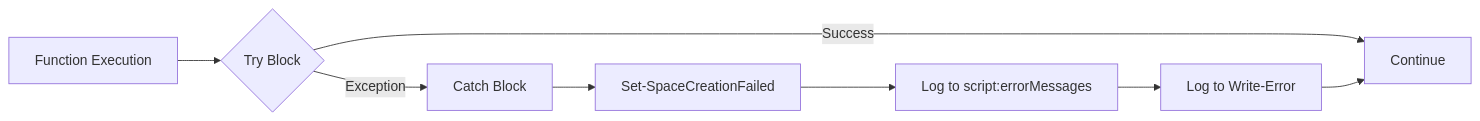
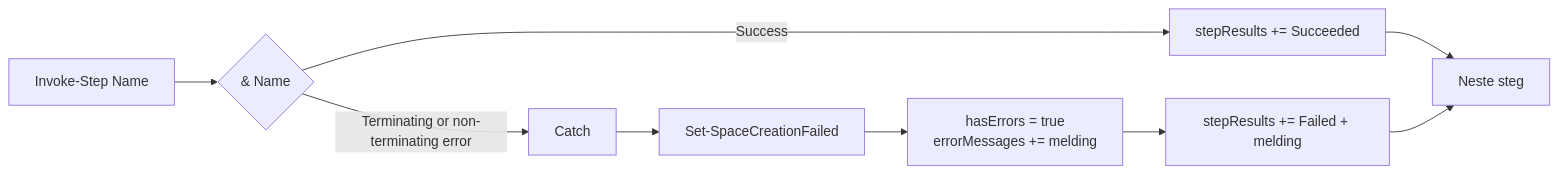
Before and after one commit to Puzzlepart/bestillingsportalen: the third of 3 diagrams in Images/error-handling-flow.md, drawn with Mermaid. The commit also changed other lines of this file and 7 other files, not shown here.

````diff
--- a/Images/error-handling-flow.md
+++ b/Images/error-handling-flow.md
@@ -103,10 +105,11 @@
 ```mermaid
 graph LR
-    A[Function Execution] --> B{Try Block}
-    B -->|Success| C[Continue]
-    B -->|Exception| D[Catch Block]
+    A[Invoke-Step Name] --> B{"& Name"}
+    B -->|Success| C[stepResults += Succeeded]
+    B -->|Terminating or non-terminating error| D[Catch]
     D --> E[Set-SpaceCreationFailed]
-    E --> F[Log to script:errorMessages]
-    F --> G[Log to Write-Error]
-    G --> C
+    E --> F[hasErrors = true<br/>errorMessages += melding]
+    F --> G[stepResults += Failed + melding]
+    C --> H[Neste steg]
+    G --> H
 ```
````
